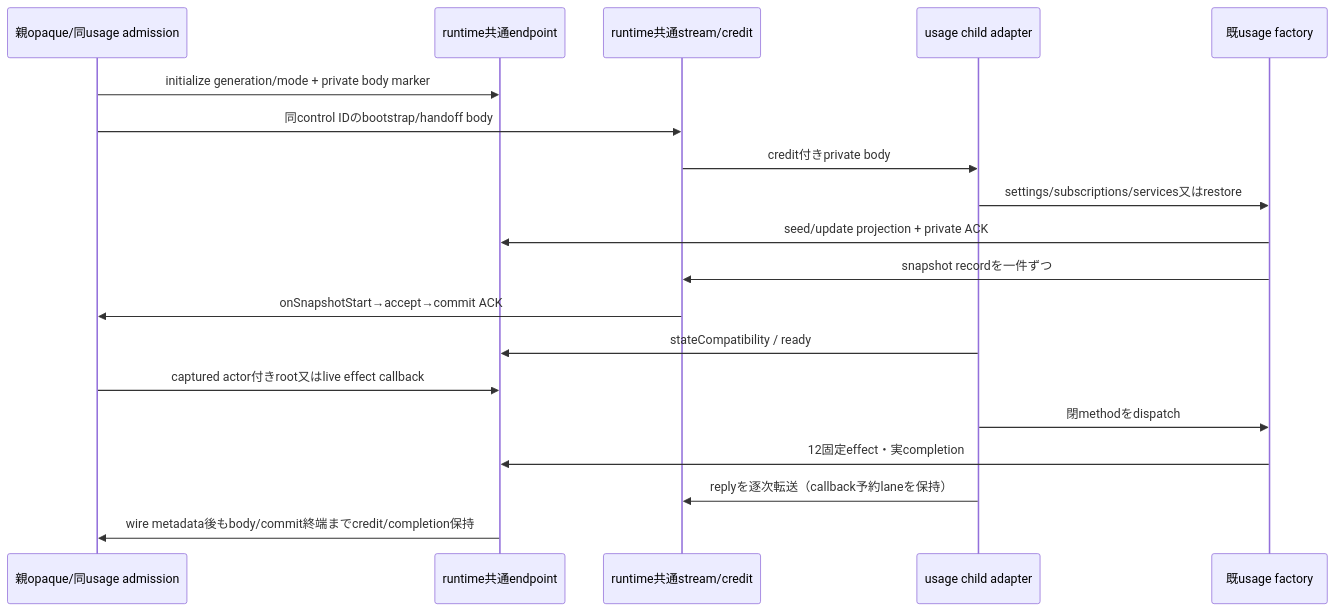
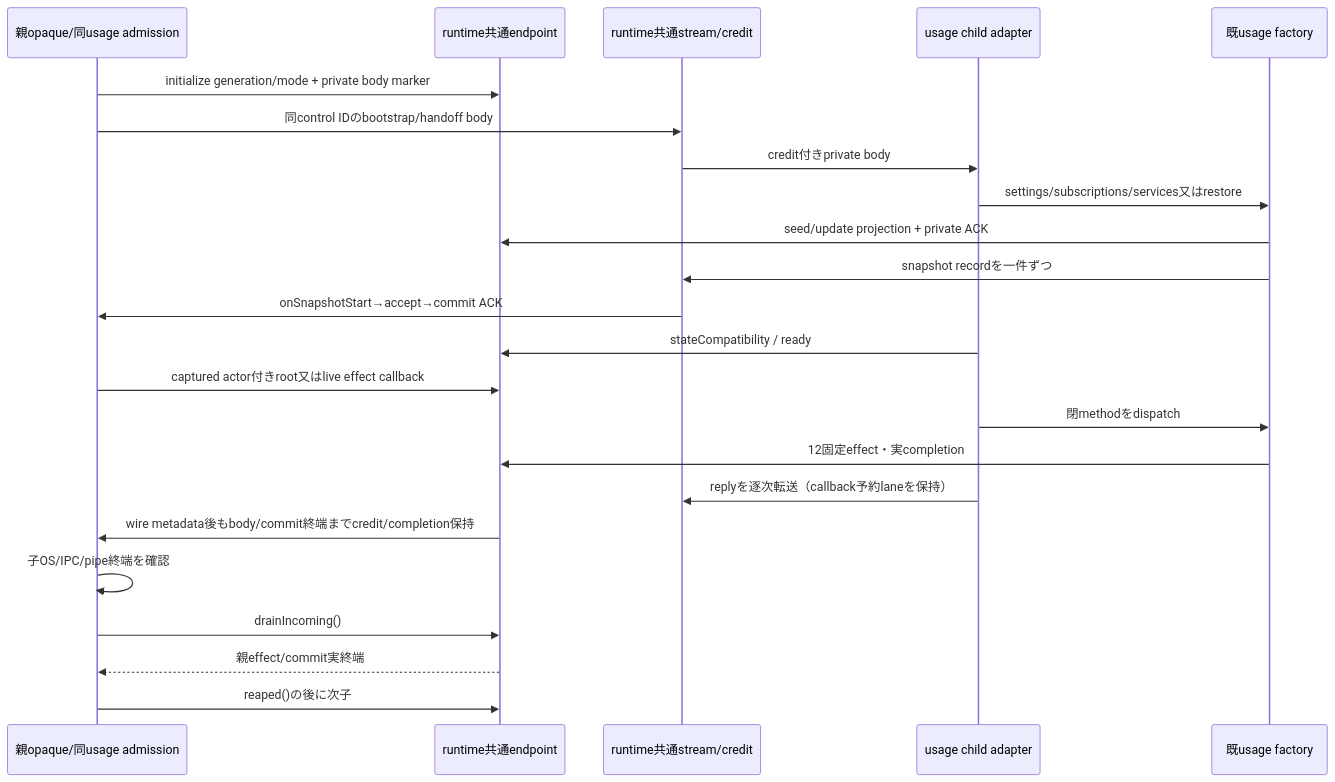
One commit to kitepon/BellTeam changed the second of 2 diagrams in docs/architecture/modules/usage/usage-process.md. Above: the diagram before and after it, drawn with Mermaid. The commit also changed other lines of this file and 2 other files, not shown here.

Commit message:
Expose usage parent incoming drain before final generation reap

````diff
--- a/docs/architecture/modules/usage/usage-process.md
+++ b/docs/architecture/modules/usage/usage-process.md
@@ -100,21 +100,25 @@
 ```mermaid
 sequenceDiagram
   participant Parent as 親opaque/同usage admission
   participant Endpoint as runtime共通endpoint
   participant Stream as runtime共通stream/credit
   participant Child as usage child adapter
   participant Factory as 既usage factory
   Parent->>Endpoint: initialize generation/mode + private body marker
   Parent->>Stream: 同control IDのbootstrap/handoff body
   Stream->>Child: credit付きprivate body
   Child->>Factory: settings/subscriptions/services又はrestore
   Factory->>Endpoint: seed/update projection + private ACK
   Factory->>Stream: snapshot recordを一件ずつ
   Stream->>Parent: onSnapshotStart→accept→commit ACK
   Child->>Endpoint: stateCompatibility / ready
   Parent->>Endpoint: captured actor付きroot又はlive effect callback
   Child->>Factory: 閉methodをdispatch
   Factory->>Endpoint: 12固定effect・実completion
   Child->>Stream: replyを逐次転送（callback予約laneを保持）
   Endpoint->>Parent: wire metadata後もbody/commit終端までcredit/completion保持
+  Parent->>Parent: 子OS/IPC/pipe終端を確認
+  Parent->>Endpoint: drainIncoming()
+  Endpoint-->>Parent: 親effect/commit実終端
+  Parent->>Endpoint: reaped()の後に次子
 ```
````
